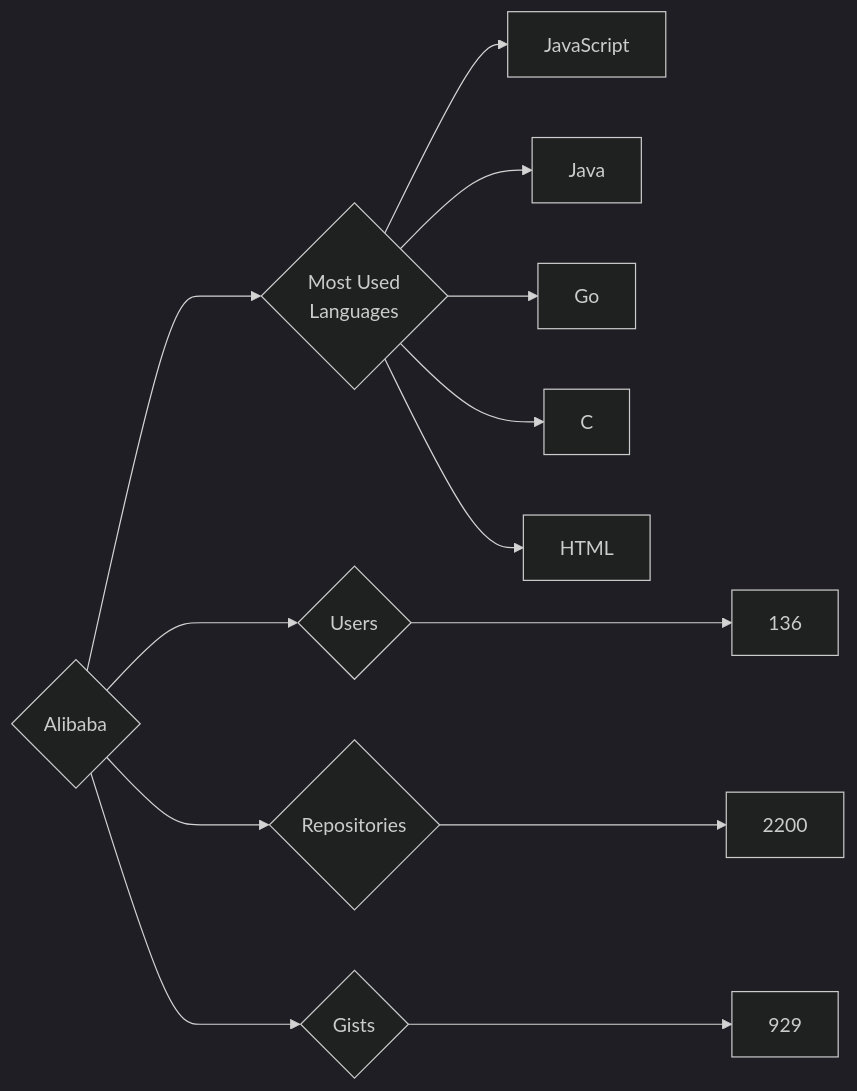
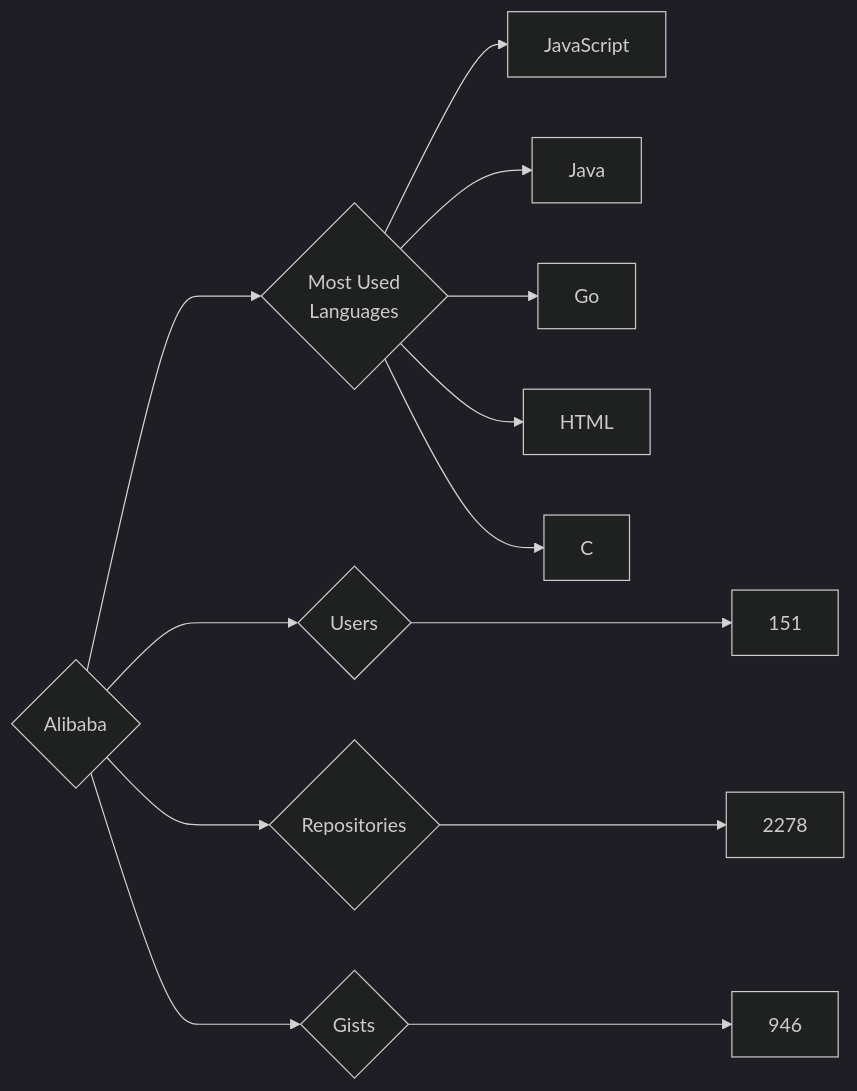
The diagram in targets/Alibaba/README.md (trickest/insiders), drawn with Mermaid (dark theme) before and after one commit. The commit also changed 809 other files, not shown here.

````diff
--- a/targets/Alibaba/README.md
+++ b/targets/Alibaba/README.md
@@ -3,13 +3,13 @@
 ```mermaid
 graph LR
 COMPANY_NAME{Alibaba}
-COMPANY_NAME ---> U{Users} ---> UN[136]
-COMPANY_NAME ---> R{Repositories} ---> RN[2200]
-COMPANY_NAME ---> G{Gists} ---> GN[929]
+COMPANY_NAME ---> U{Users} ---> UN[151]
+COMPANY_NAME ---> R{Repositories} ---> RN[2278]
+COMPANY_NAME ---> G{Gists} ---> GN[946]
 COMPANY_NAME ---> ML{Most Used<br>Languages}
 ML --> JavaScript[JavaScript]
 ML --> Java[Java]
 ML --> Go[Go]
+ML --> HTML[HTML]
 ML --> C[C]
-ML --> HTML[HTML]
 ```
````
